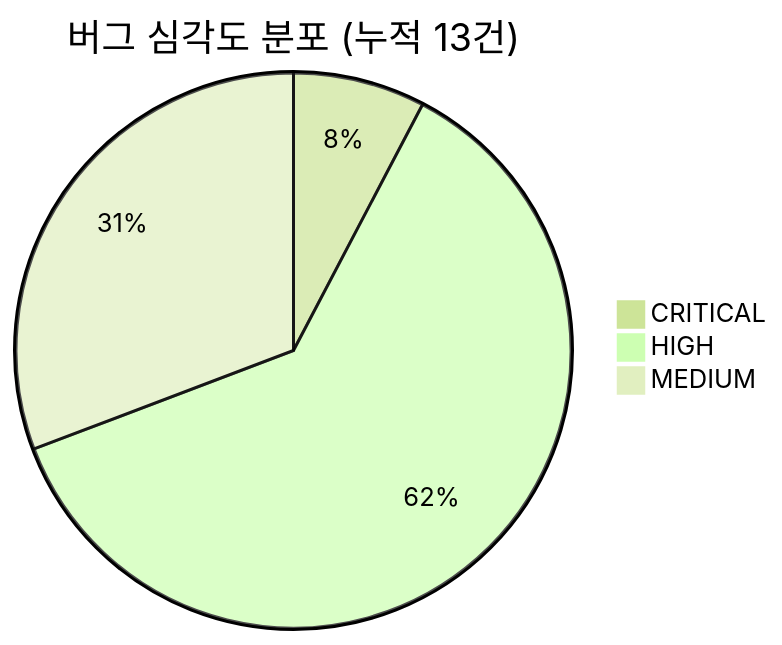
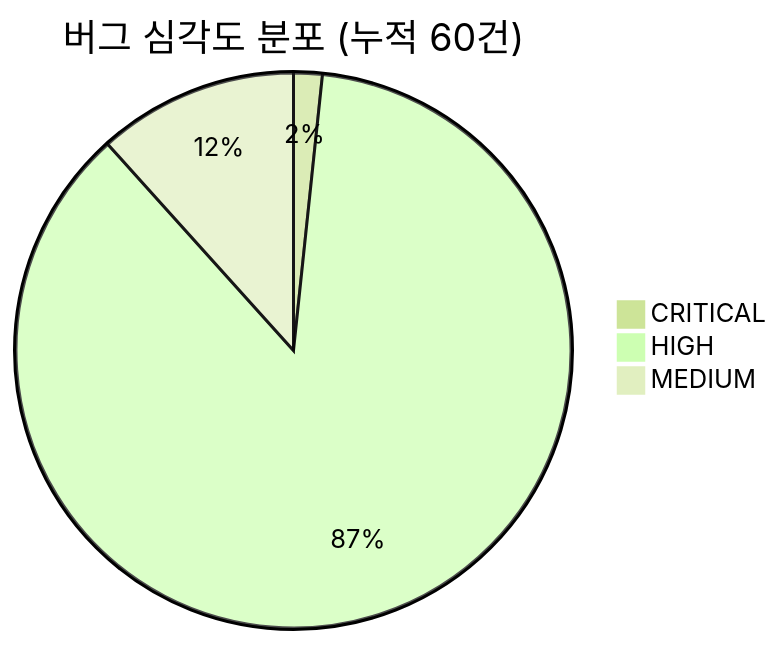
One commit to sun475300-sudo/Swarm-control-in-sc2bot changed diagram 20 of 29 in README.md. Above: the diagram before and after it, drawn with Mermaid (forest theme). The commit also changed other lines of this file and 9 other files, not shown here.

````diff
--- a/README.md
+++ b/README.md
@@ -332,6 +595,6 @@
 ```mermaid
-pie title 버그 심각도 분포 (누적 13건)
+pie title 버그 심각도 분포 (누적 60건)
     "CRITICAL" : 1
-    "HIGH" : 8
-    "MEDIUM" : 4
+    "HIGH" : 52
+    "MEDIUM" : 7
 ```
````
